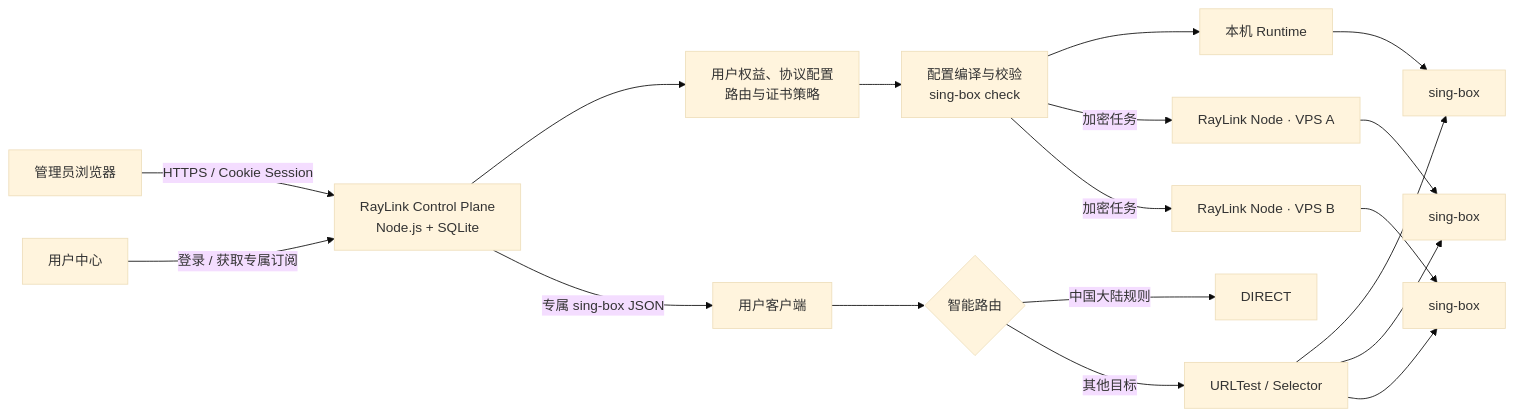
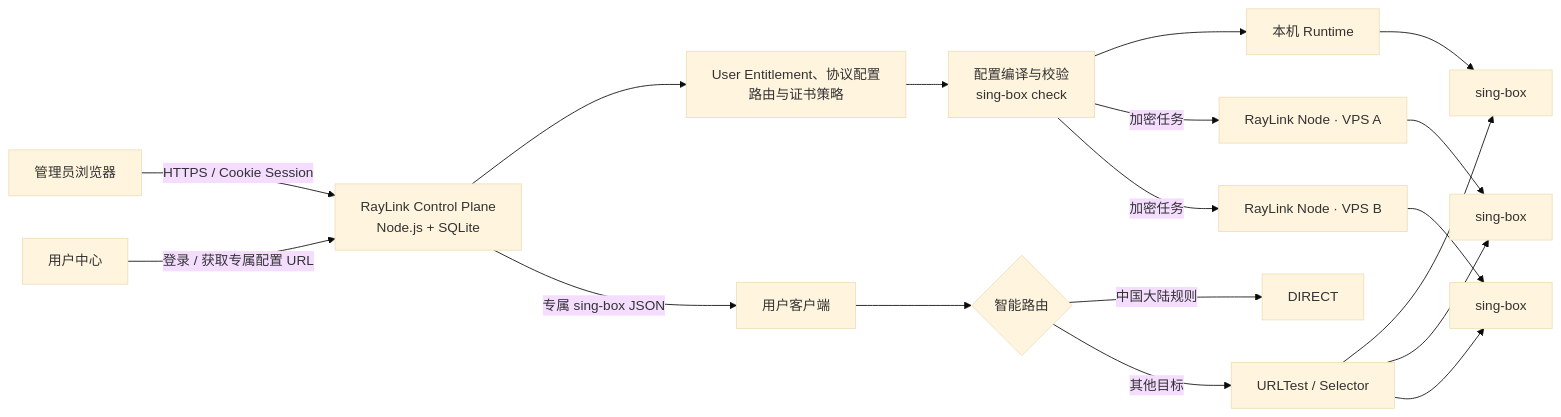
One commit to Zanetach/RayLink changed the first of 2 diagrams in README.md. Above: the diagram before and after it, drawn with Mermaid (base theme). The commit also changed other lines of this file and 17 other files, not shown here.

````diff
--- a/README.md
+++ b/README.md
@@ -50,22 +50,22 @@
 ```mermaid
 flowchart LR
   Admin["管理员浏览器"] -->|"HTTPS / Cookie Session"| Control["RayLink Control Plane<br/>Node.js + SQLite"]
-  Portal["用户中心"] -->|"登录 / 获取专属订阅"| Control
+  Portal["用户中心"] -->|"登录 / 获取专属配置 URL"| Control
 
-  Control --> Policy["用户权益、协议配置<br/>路由与证书策略"]
+  Control --> Policy["User Entitlement、协议配置<br/>路由与证书策略"]
   Policy --> Compiler["配置编译与校验<br/>sing-box check"]
   Compiler --> Local["本机 Runtime"]
   Compiler -->|"加密任务"| NodeA["RayLink Node · VPS A"]
   Compiler -->|"加密任务"| NodeB["RayLink Node · VPS B"]
   Local --> SingA["sing-box"]
   NodeA --> SingB["sing-box"]
   NodeB --> SingC["sing-box"]
 
   Control -->|"专属 sing-box JSON"| Client["用户客户端"]
   Client --> Route{"智能路由"}
   Route -->|"中国大陆规则"| Direct["DIRECT"]
   Route -->|"其他目标"| Auto["URLTest / Selector"]
   Auto --> SingA
   Auto --> SingB
   Auto --> SingC
 ```
````
